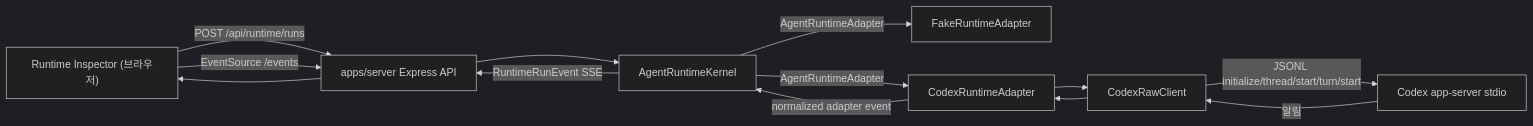
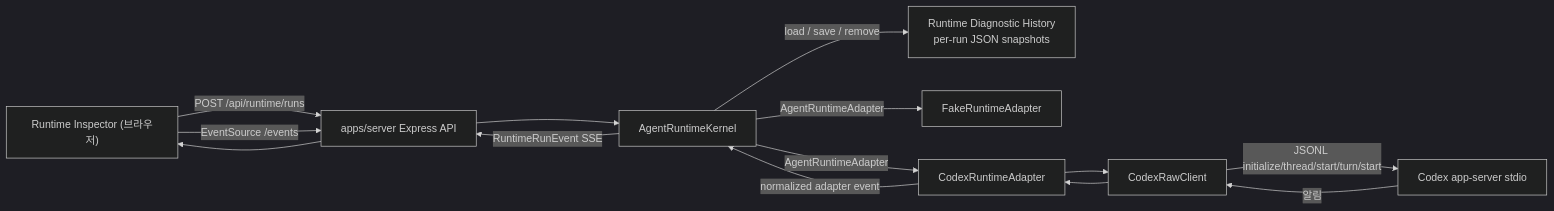
The diagram in docs/architecture/runtime-harness-implementation-map.md (Mureung1/hub-showcase), drawn with Mermaid (dark theme) before and after one commit. The commit also changed other lines of this file and 17 other files, not shown here.

Commit message:
feat: persist completed runtime history

````diff
--- a/docs/architecture/runtime-harness-implementation-map.md
+++ b/docs/architecture/runtime-harness-implementation-map.md
@@ -36,23 +36,25 @@
 ```mermaid
 flowchart LR
   Inspector["Runtime Inspector (브라우저)"]
   Server["apps/server Express API"]
   Kernel["AgentRuntimeKernel"]
+  History["Runtime Diagnostic History<br/>per-run JSON snapshots"]
   Fake["FakeRuntimeAdapter"]
   CodexAdapter["CodexRuntimeAdapter"]
   RawClient["CodexRawClient"]
   AppServer["Codex app-server stdio"]
 
   Inspector -->|"POST /api/runtime/runs"| Server
   Inspector -->|"EventSource /events"| Server
   Server --> Kernel
+  Kernel -->|"load / save / remove"| History
   Kernel -->|"AgentRuntimeAdapter"| Fake
   Kernel -->|"AgentRuntimeAdapter"| CodexAdapter
   CodexAdapter --> RawClient
   RawClient -->|"JSONL initialize/thread/start/turn/start"| AppServer
   AppServer -->|"알림"| RawClient
   RawClient --> CodexAdapter
   CodexAdapter -->|"normalized adapter event"| Kernel
   Kernel -->|"RuntimeRunEvent SSE"| Server
   Server --> Inspector
 ```
````
